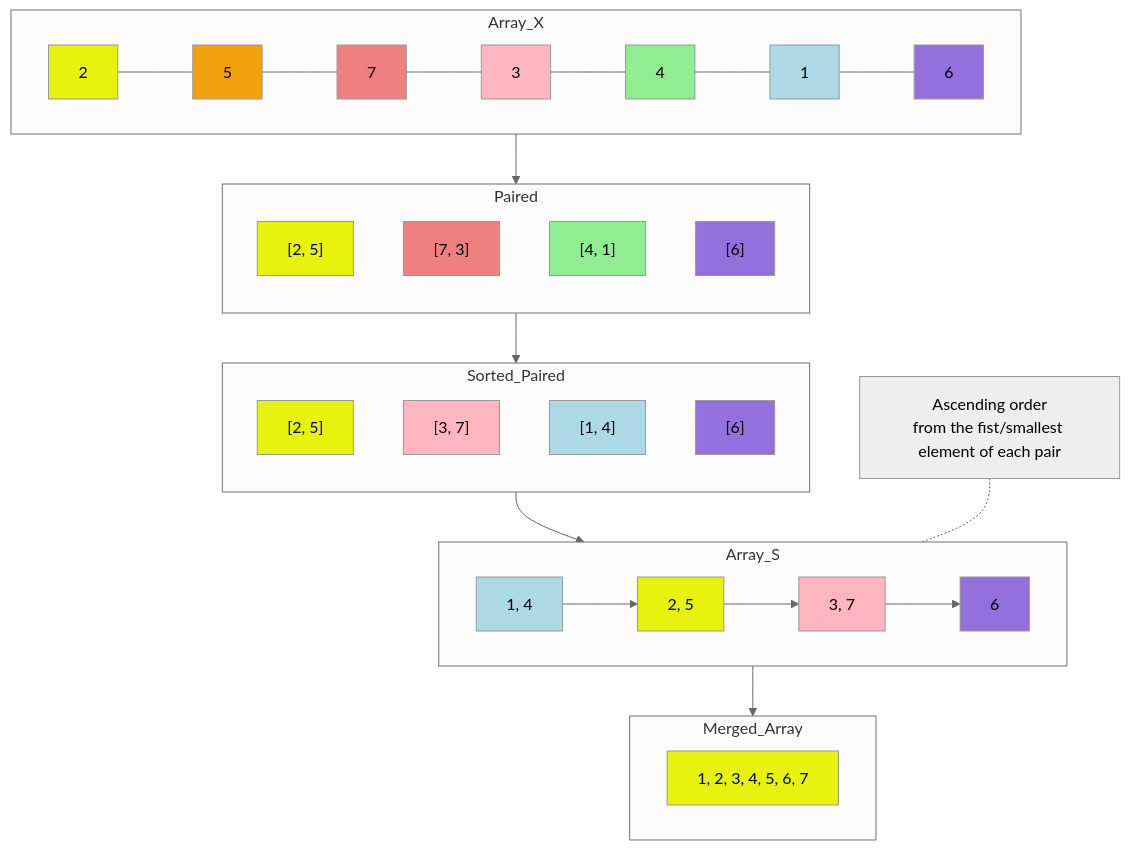
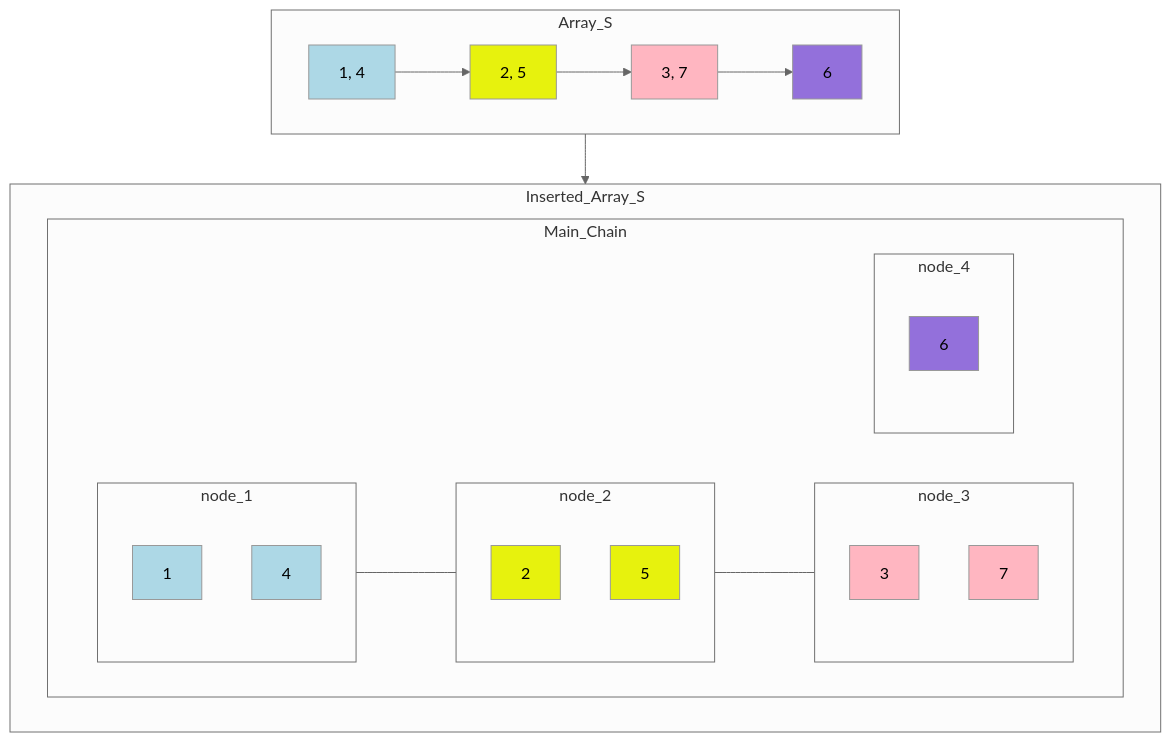
Before and after one commit to Tablerase/42_Projects: the fourth of 4 diagrams in Projects/CPP_Modules/cpp-exercices.md, drawn with Mermaid (neutral theme). The commit also changed other lines of this file and 1 other file, not shown here.

Commit message:
docs: add info about sorting

````diff
--- a/Projects/CPP_Modules/cpp-exercices.md
+++ b/Projects/CPP_Modules/cpp-exercices.md
@@ -222,55 +259,47 @@
 ```mermaid
 graph TD
   classDef yellow fill:#e7f20d;
   classDef orange fill:#f2a00d;
   classDef lightcoral fill:LightCoral;
   classDef lightpink fill:LightPink;
   classDef lightgreen fill:LightGreen;
   classDef lightblue fill:LightBlue;
   classDef mediumpurple fill:MediumPurple;
-  subgraph Array_X
+  
+  subgraph Array_S
     direction LR
-    Element1["2"]:::yellow
-    Element1 --- Element2["5"]:::orange
-    Element2 --- Element3["7"]:::lightcoral
-    Element3 --- Element4["3"]:::lightpink
-    Element4 --- Element5["4"]:::lightgreen
-    Element5 --- Element6["1"]:::lightblue
-    Element6 --- Element7["6"]:::mediumpurple
+    Sorted3'''''["1, 4"]:::lightblue
+    Sorted1'''''["2, 5"]:::yellow
+    Sorted2'''''["3, 7"]:::lightpink
+    Sorted4'''''["6"]:::mediumpurple
+    Sorted3''''' --> Sorted1''''' --> Sorted2''''' --> Sorted4'''''
   end
 
-  subgraph Paired
-    direction TB
-    Pair1["[2, 5]"]:::yellow
-    Pair2["[7, 3]"]:::lightcoral
-    Pair3["[4, 1]"]:::lightgreen
-    Pair4["[6]"]:::mediumpurple
-  end
-  Array_X --> Paired
-
-  Paired --> Sorted_Paired
-  subgraph Sorted_Paired
-    direction TB
-    Sorted1["[2, 5]"]:::yellow
-    Sorted2["[3, 7]"]:::lightpink
-    Sorted3["[1, 4]"]:::lightblue
-    Sorted4["[6]"]:::mediumpurple
-  end
-
-  Sorted_Paired --> Array_S
-  subgraph Array_S
+  Array_S --> Inserted_Array_S
+  subgraph Inserted_Array_S
     direction LR
-    Sorted3'["1, 4"]:::lightblue
-    Sorted1'["2, 5"]:::yellow
-    Sorted2'["3, 7"]:::lightpink
-    Sorted4'["6"]:::mediumpurple
-    Sorted3' --> Sorted1' --> Sorted2' --> Sorted4'
-  end
-  Note_Array_S["Ascending order\nfrom the fist/smallest element of each pair"] -.- Array_S
-
-  Array_S --> Merged_Array
-  subgraph Merged_Array
-    direction LR
-    Merged1["1, 2, 3, 4, 5, 6, 7"]:::yellow
+    subgraph Main_Chain
+      direction LR
+      subgraph node_1
+        direction TB
+        element_1["1"]:::lightblue
+        element_4["4"]:::lightblue
+      end
+      subgraph node_2
+        direction TB
+        element_2["2"]:::yellow
+        element_5["5"]:::yellow
+      end
+      subgraph node_3
+        direction TB
+        element_3["3"]:::lightpink
+        element_7["7"]:::lightpink
+      end
+      subgraph node_4
+        direction TB
+        element_6["6"]:::mediumpurple
+      end
+      element_1 --- element_2 --- element_3
+    end
   end
 ```
````
